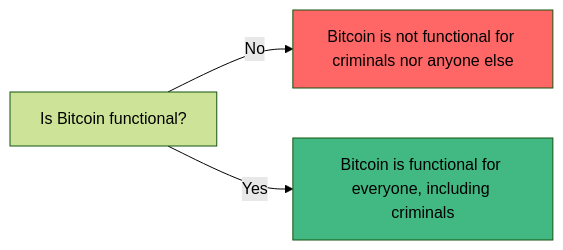
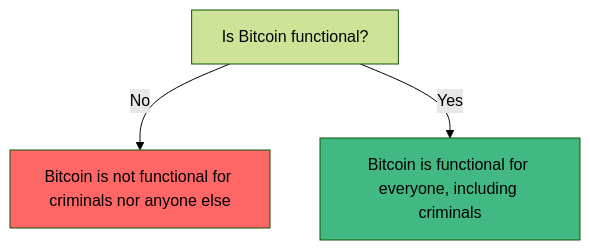
The diagram in README.md (rene78/BitcoinMythBusters), drawn with Mermaid (forest theme) before and after one commit.

Commit message:
Flowchart changed to top down

````diff
--- a/README.md
+++ b/README.md
@@ -54,8 +54,8 @@
   ```mermaid
-  graph LR
+  graph TD
   A[Is Bitcoin functional?] --> |No| B[Bitcoin is not functional for criminals nor anyone else]
   A --> |Yes| C[Bitcoin is functional for everyone, including criminals]
 
   style B fill:#ff6666
   style C fill:#42B983
   ```
````
